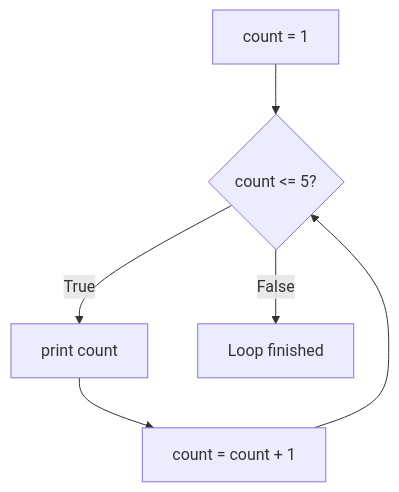
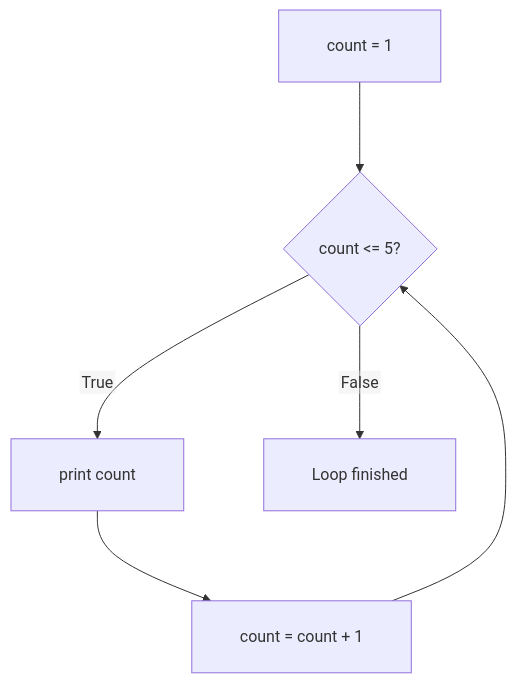
The fourth of 8 diagrams in SAL-2026/Python Basics - English/S03/NotesPresentation.md (ABVenu/salcurriculum), drawn with Mermaid before and after one commit. The commit also changed other lines of this file and 820 other files, not shown here.

````diff
--- a/SAL-2026/Python Basics - English/S03/NotesPresentation.md
+++ b/SAL-2026/Python Basics - English/S03/NotesPresentation.md
@@ -146,8 +337,9 @@
 ```mermaid
+%%{init: {"flowchart": {"htmlLabels": false, "curve": "basis", "padding": 24, "nodeSpacing": 80, "rankSpacing": 90, "diagramPadding": 48}}}%%
 flowchart TB
-    S[count = 1] --> C{count <= 5?}
-    C -->|True| P[print count]
-    P --> U[count = count + 1]
+    S["  count = 1  "] --> C{"  count <= 5?  "}
+    C -->|"  True  "| P["  print count  "]
+    P --> U["  count = count + 1  "]
     U --> C
-    C -->|False| F[Loop finished]
+    C -->|"  False  "| F["  Loop finished  "]
 ```
````
